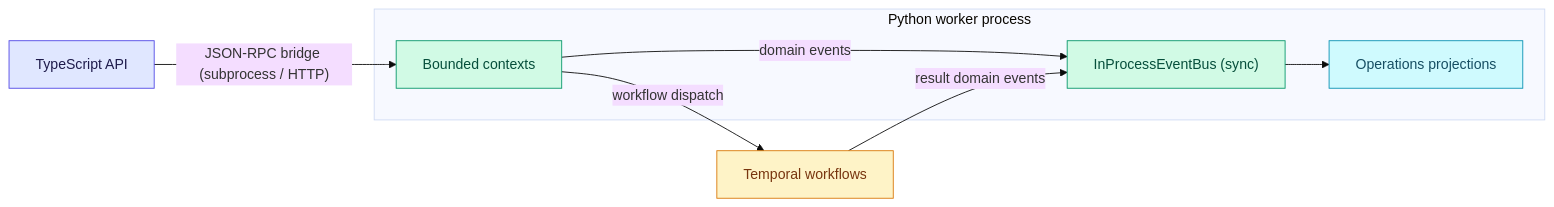
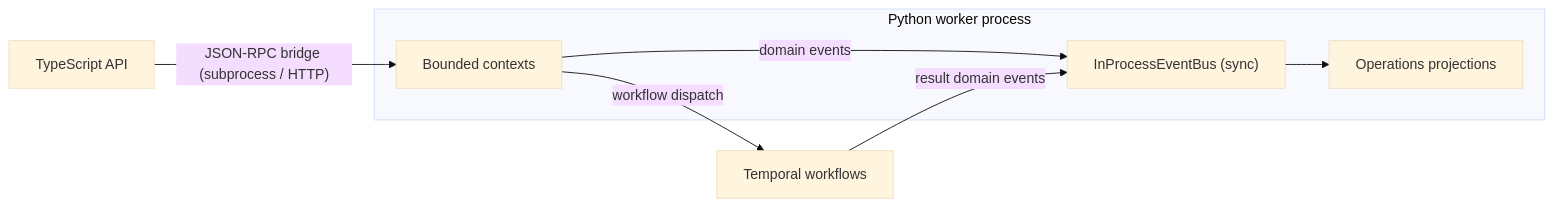
Before and after one commit to ebarti/JobCtrl: the first of 2 diagrams in docs/architecture/domain-model/integration.md, drawn with Mermaid (base theme). The commit also changed other lines of this file and 46 other files, not shown here.

````diff
--- a/docs/architecture/domain-model/integration.md
+++ b/docs/architecture/domain-model/integration.md
@@ -13,19 +13,15 @@
 ```mermaid
 flowchart LR
     subgraph "Python worker process"
         Ctx["Bounded contexts"] -->|"domain events"| Bus["InProcessEventBus (sync)"]
         Bus --> Proj["Operations projections"]
     end
     Api["TypeScript API"] -->|"JSON-RPC bridge (subprocess / HTTP)"| Ctx
     Ctx -->|"workflow dispatch"| Temporal["Temporal workflows"]
     Temporal -->|"result domain events"| Bus
 
-    classDef ts fill:#e0e7ff,stroke:#4f46e5,color:#1e1b4b
-    classDef py fill:#d1fae5,stroke:#059669,color:#064e3b
-    classDef infra fill:#fef3c7,stroke:#d97706,color:#78350f
-    classDef store fill:#cffafe,stroke:#0891b2,color:#164e63
     class Ctx,Bus py
     class Api ts
     class Temporal infra
     class Proj store
 ```
````
